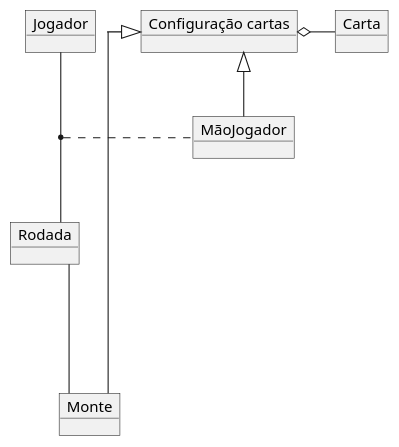
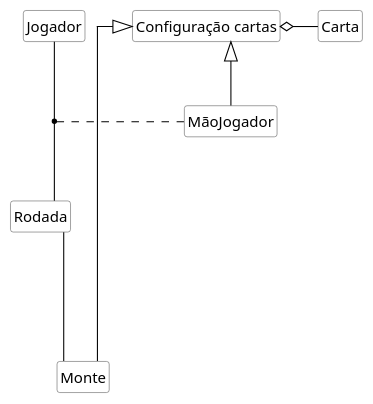
The diagram in imagens/modelos-07/mod07ima01/mod07ima01.plantuml (kyriosdata/oo), drawn with PlantUML before and after one commit. The commit also changed 4 other files, not shown here.

```diff
--- a/imagens/modelos-07/mod07ima01/mod07ima01.plantuml
+++ b/imagens/modelos-07/mod07ima01/mod07ima01.plantuml
@@ -1,15 +1,24 @@
 @startuml mod07ima01
+hide circle
+hide methods
+hide empty members
+
+skinparam class {
+    BackgroundColor White
+    ArrowColor Black
+    BorderColor #505050
+}
 skinparam Linetype ortho
-object "Configuração cartas" as co
-object "Carta" as ca
-object "Jogador" as jo
-object "MãoJogador" as mã
-object "Monte" as mo
-object "Rodada" as ro
+class "Configuração cartas" as co
+class "Carta" as ca
+class "Jogador" as jo
+class "MãoJogador" as mã
+class "Monte" as mo
+class "Rodada" as ro
 co o-right- ca
 mã -up-|> co
 mo -up-|> co
 jo -down- ro
 (jo,ro) .. mã
 ro --- mo
 @enduml
```
